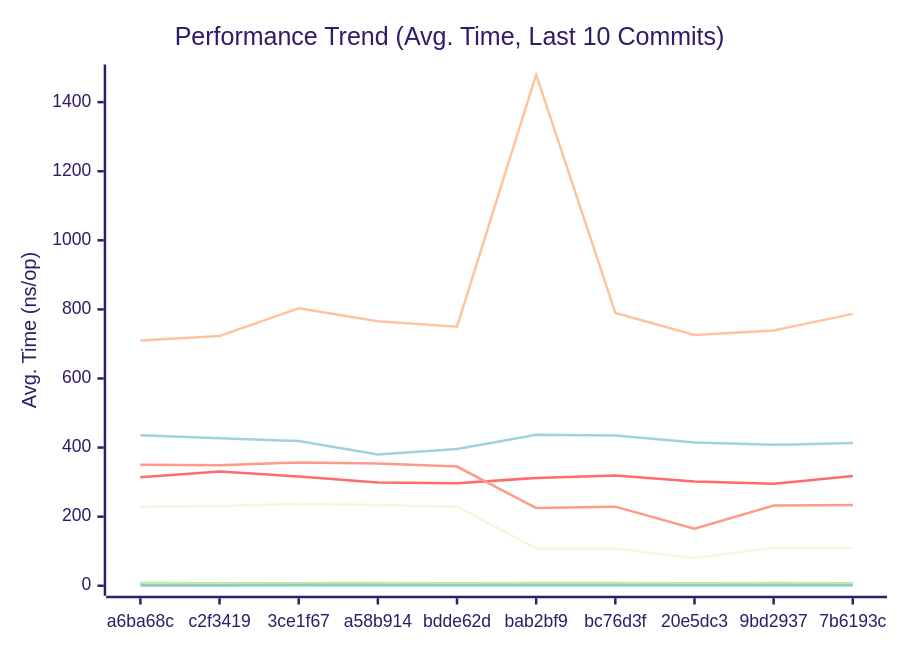
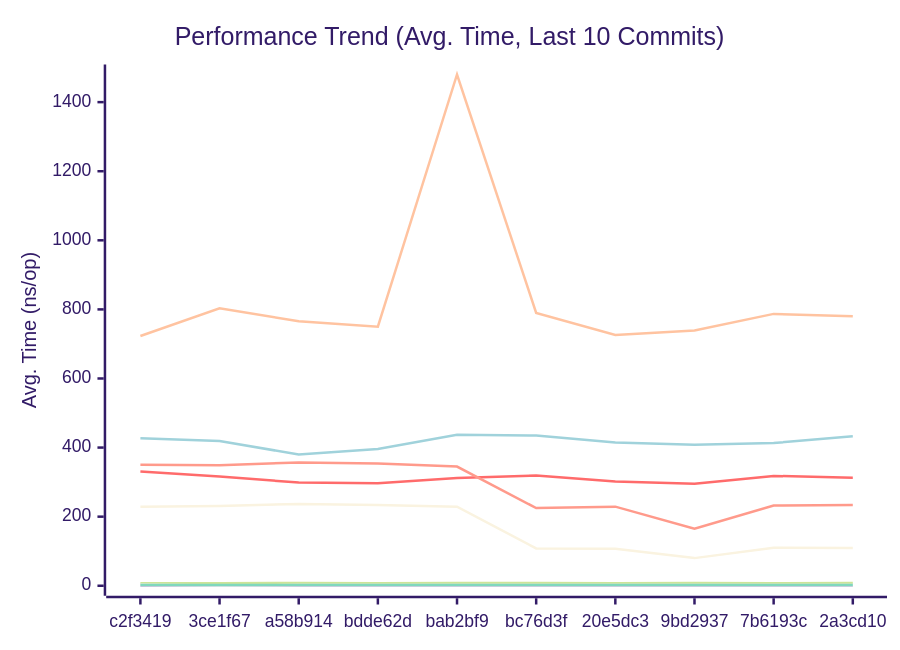
One commit to alsotoes/momo changed the first of 3 diagrams in docs/PERFORMANCE.md. Above: the diagram before and after it, drawn with Mermaid (forest theme). The commit also changed other lines of this file and 2 other files, not shown here.

Commit message:
fix: address reviewer feedback — add panic recovery, path traversal check, EACCES mapping

````diff
--- a/docs/PERFORMANCE.md
+++ b/docs/PERFORMANCE.md
@@ -80,16 +80,16 @@
 ```mermaid
 xychart-beta
     title "Performance Trend (Avg. Time, Last 10 Commits)"
     x-axis "Commit"
     y-axis "Avg. Time (ns/op)"
-    x-axis [a6ba68c,c2f3419,3ce1f67,a58b914,bdde62d,bab2bf9,bc76d3f,20e5dc3,9bd2937,7b6193c]
-    line "CheckMetricsAndSwap" [8,7,7,8,7,8,8,7,8,7]
-    line "CrushOptimized" [314,331,316,299,297,312,319,302,295,318]
-    line "CrushOriginal" [436,427,419,380,396,437,435,415,408,413]
+    x-axis [c2f3419,3ce1f67,a58b914,bdde62d,bab2bf9,bc76d3f,20e5dc3,9bd2937,7b6193c,2a3cd10]
+    line "CheckMetricsAndSwap" [7,7,8,7,8,8,7,8,7,8]
+    line "CrushOptimized" [331,316,299,297,312,319,302,295,318,313]
+    line "CrushOriginal" [427,419,380,396,437,435,415,408,413,433]
     line "IndexDirectTracking" [0,0,0,0,0,0,0,0,0,0]
-    line "IndexSearch" [3,3,1,2,2,2,2,2,2,2]
-    line "LoadGlobalConfig" [710,723,803,766,750,1480,790,726,739,787]
+    line "IndexSearch" [3,1,2,2,2,2,2,2,2,2]
+    line "LoadGlobalConfig" [723,803,766,750,1480,790,726,739,787,780]
     line "PadString" [2,2,2,2,2,2,2,2,2,2]
     line "ParseReplicationOrder_NoPrealloc" [350,349,357,354,345,225,229,165,232,234]
     line "ParseReplicationOrder_Prealloc" [229,231,237,234,229,108,107,80,110,109]
 ```
````
